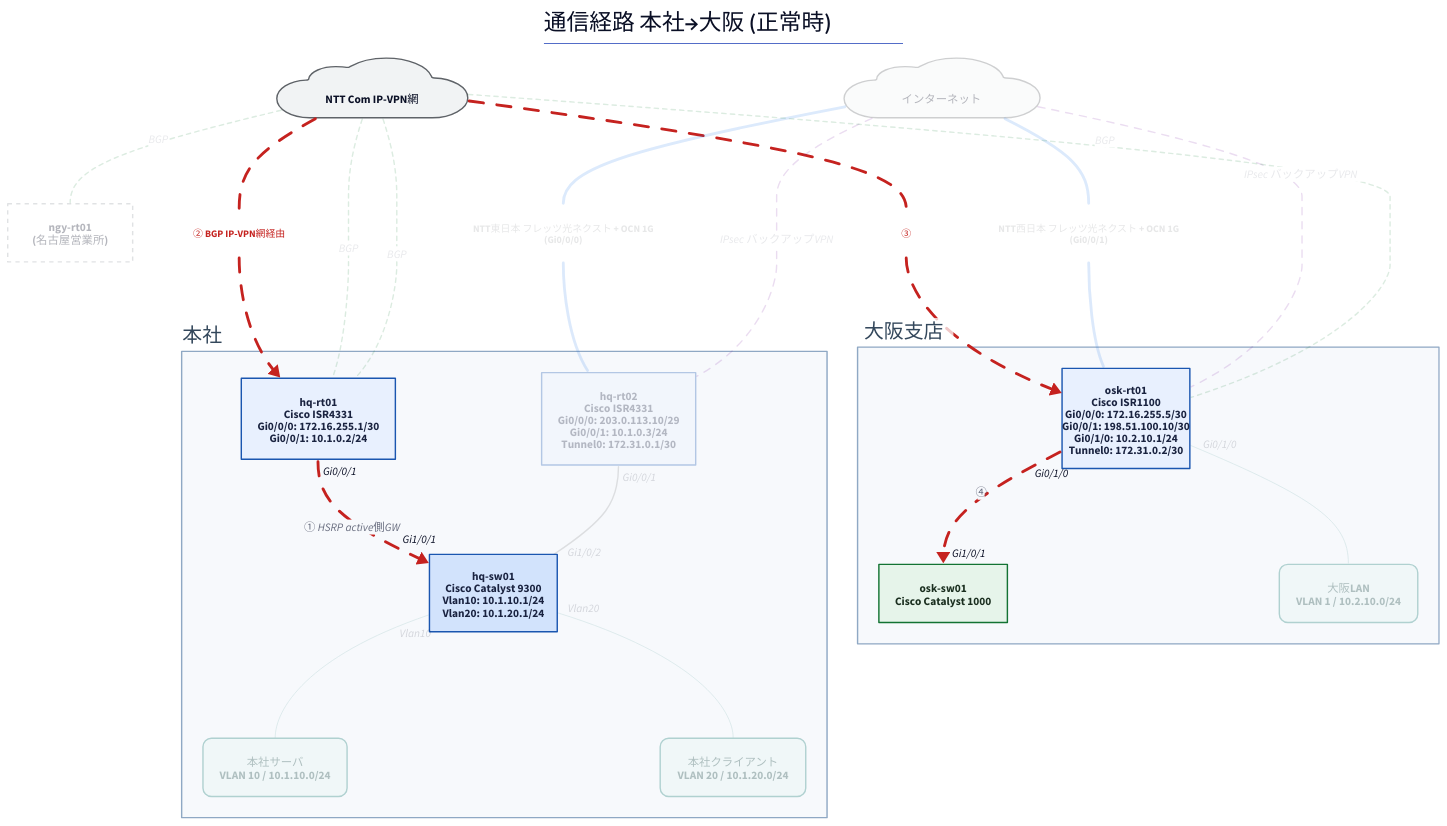
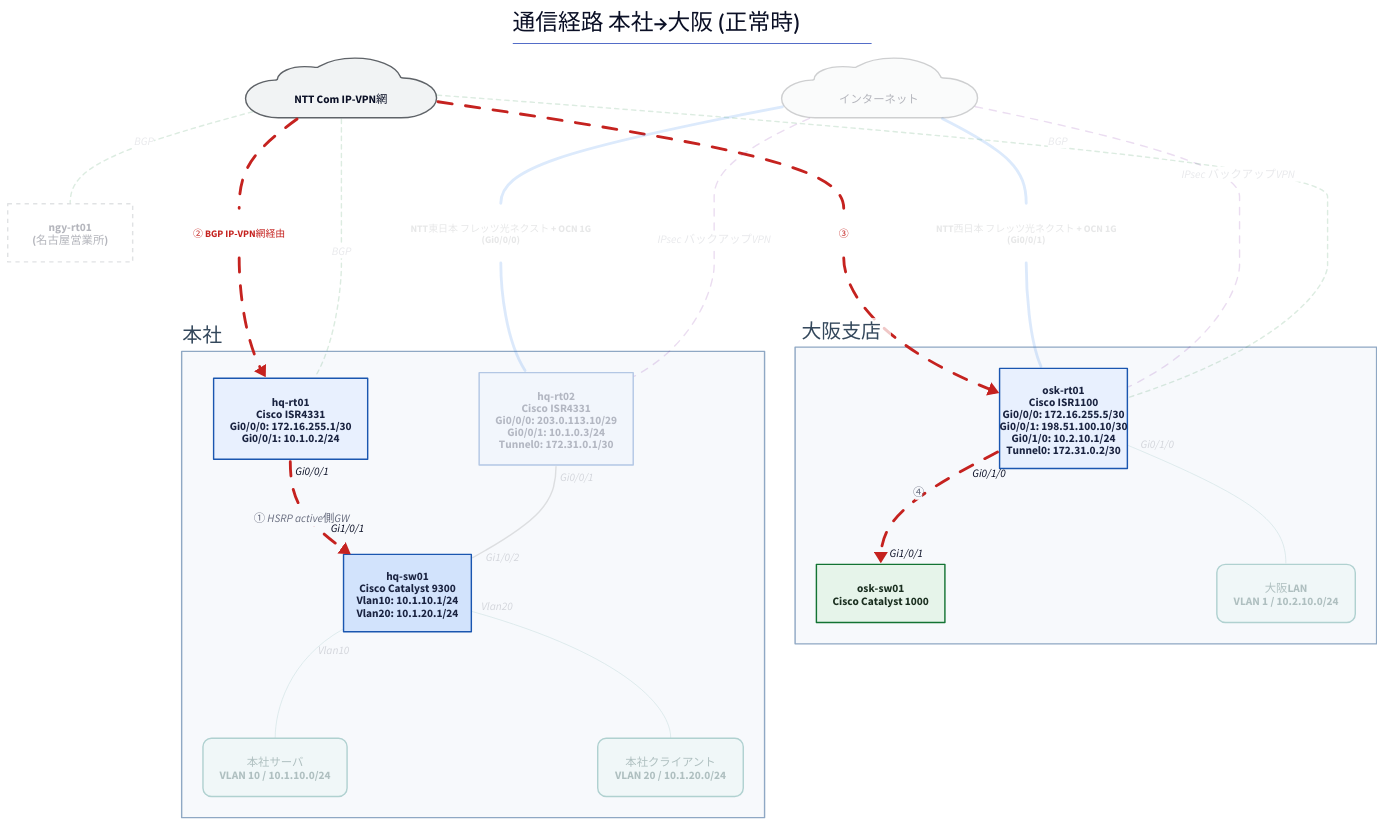
One commit to thinas1115/nwdsl changed the diagram in examples/sample-corp/generated/path-normal.d2. Above: the diagram before and after it, drawn with D2. The commit also changed 31 other files, not shown here.

```diff
--- a/examples/sample-corp/generated/path-normal.d2
+++ b/examples/sample-corp/generated/path-normal.d2
@@ -1,70 +1,69 @@
 title: |md
   # 通信経路 本社→大阪 (正常時)
 | {near: top-center}
 direction: down
 
 classes: {
   role-router: {style.fill: "#e8f0fe"; style.stroke: "#1a56b0"; style.font-color: "#1a2340"}
   role-l3switch: {style.fill: "#d2e3fc"; style.stroke: "#1a56b0"; style.font-color: "#1a2340"}
   role-l2switch: {style.fill: "#e6f4ea"; style.stroke: "#137333"; style.font-color: "#1a2e1f"}
   role-firewall: {style.fill: "#fce8e6"; style.stroke: "#c5221f"; style.font-color: "#3c1a19"}
   role-other: {style.fill: "#f1f3f4"; style.stroke: "#5f6368"; style.font-color: "#202124"}
   node-cloud: {shape: cloud; style.fill: "#f1f3f4"; style.stroke: "#5f6368"}
   node-site: {style.fill: "#fff8e1"; style.stroke: "#b58105"; style.font-color: "#4a3a08"}
   node-segment: {style.fill: "#e2f5f0"; style.stroke: "#0f766e"; style.font-color: "#0b3d38"; style.border-radius: 12}
   node-external: {style.fill: "#ffffff"; style.stroke: "#9aa0a6"; style.stroke-dash: 3}
   group-site: {style.fill: "#f7f9fc"; style.stroke: "#8fa8c4"; style.font-color: "#33475b"}
   edge-label: {style.fill: "transparent"; style.stroke: "transparent"; style.font-size: 14; style.font-color: "#5f6368"; style.italic: true}
   edge-lan-cable: {style.stroke: "#4a4a4a"; style.stroke-width: 2}
   edge-wan-circuit: {style.stroke: "#1a73e8"; style.stroke-width: 4}
   edge-tunnel: {style.stroke: "#7b1fa2"; style.stroke-width: 2; style.stroke-dash: 5}
   edge-logical: {style.stroke: "#188038"; style.stroke-width: 2; style.stroke-dash: 3}
   edge-segment: {style.stroke: "#0f766e"; style.stroke-width: 1}
 }
 
 s_hq: "本社" {
   class: group-site
   label.near: outside-top-left
   n_hq_rt01: "hq-rt01\nCisco ISR4331\nGi0/0/0: 172.16.255.1/30\nGi0/0/1: 10.1.0.2/24" {class: role-router}
   n_hq_sw01: "hq-sw01\nCisco Catalyst 9300\nVlan10: 10.1.10.1/24\nVlan20: 10.1.20.1/24" {class: role-l3switch; width: 180}
   n_hq_rt02: "hq-rt02\nCisco ISR4331\nGi0/0/0: 203.0.113.10/29\nGi0/0/1: 10.1.0.3/24\nTunnel0: 172.31.0.1/30" {class: role-router; style.opacity: 0.3}
   n_seg__hq_server: "本社サーバ\nVLAN 10 / 10.1.10.0/24" {class: node-segment; style.opacity: 0.3}
   n_seg__hq_client: "本社クライアント\nVLAN 20 / 10.1.20.0/24" {class: node-segment; style.opacity: 0.3}
 }
 
 s_osk: "大阪支店" {
   class: group-site
   label.near: outside-top-left
   n_osk_rt01: "osk-rt01\nCisco ISR1100\nGi0/0/0: 172.16.255.5/30\nGi0/0/1: 198.51.100.10/30\nGi0/1/0: 10.2.10.1/24\nTunnel0: 172.31.0.2/30" {class: role-router; width: 180}
   n_osk_sw01: "osk-sw01\nCisco Catalyst 1000" {class: role-l2switch}
   n_seg__osk_lan: "大阪LAN\nVLAN 1 / 10.2.10.0/24" {class: node-segment; style.opacity: 0.3}
 }
 
 n_ipvpn: "　NTT Com IP-VPN網　" {class: node-cloud}
 n_internet: "　インターネット　" {class: node-cloud; style.opacity: 0.3}
 n_ngy_rt01: "ngy-rt01\n(名古屋営業所)" {class: node-external; style.opacity: 0.3}
 
 s_hq.n_hq_rt01 -> s_hq.n_hq_sw01: "① HSRP active側GW" {class: edge-lan-cable; source-arrowhead.label: "Gi0/0/1"; target-arrowhead.label: "Gi1/0/1"; style.stroke: "#c5221f"; style.stroke-width: 4; style.animated: true}
 s_hq.n_hq_rt02 -- s_hq.n_hq_sw01 {class: edge-lan-cable; source-arrowhead.label: "Gi0/0/1"; target-arrowhead.label: "Gi1/0/2"; style.opacity: 0.15}
 s_osk.n_osk_rt01 -> s_osk.n_osk_sw01: "④" {class: edge-lan-cable; source-arrowhead.label: "Gi0/1/0"; target-arrowhead.label: "Gi1/0/1"; style.stroke: "#c5221f"; style.stroke-width: 4; style.animated: true}
 lbl_3: "② BGP IP-VPN網経由" {class: edge-label; style.font-color: "#c5221f"; style.bold: true}
 n_ipvpn -- lbl_3 {class: edge-wan-circuit; style.stroke: "#c5221f"; style.stroke-width: 4; style.animated: true}
 lbl_3 -> s_hq.n_hq_rt01 {class: edge-wan-circuit; style.stroke: "#c5221f"; style.stroke-width: 4; style.animated: true}
 lbl_4: "③" {class: edge-label; style.font-color: "#c5221f"; style.bold: true}
 n_ipvpn -- lbl_4 {class: edge-wan-circuit; style.stroke: "#c5221f"; style.stroke-width: 4; style.animated: true}
 lbl_4 -> s_osk.n_osk_rt01 {class: edge-wan-circuit; style.stroke: "#c5221f"; style.stroke-width: 4; style.animated: true}
 lbl_5: "NTT東日本 フレッツ光ネクスト + OCN 1G\n(Gi0/0/0)" {class: edge-label; style.opacity: 0.15}
 n_internet -- lbl_5 {class: edge-wan-circuit; style.opacity: 0.15}
 lbl_5 -- s_hq.n_hq_rt02 {class: edge-wan-circuit; style.opacity: 0.15}
 lbl_6: "NTT西日本 フレッツ光ネクスト + OCN 1G\n(Gi0/0/1)" {class: edge-label; style.opacity: 0.15}
 n_internet -- lbl_6 {class: edge-wan-circuit; style.opacity: 0.15}
 lbl_6 -- s_osk.n_osk_rt01 {class: edge-wan-circuit; style.opacity: 0.15}
 n_internet -- s_hq.n_hq_rt02: "IPsec バックアップVPN" {class: edge-tunnel; style.opacity: 0.15}
 n_internet -- s_osk.n_osk_rt01: "IPsec バックアップVPN" {class: edge-tunnel; style.opacity: 0.15}
 n_ipvpn -- s_hq.n_hq_rt01: "BGP" {class: edge-logical; style.opacity: 0.15}
 n_ipvpn -- s_osk.n_osk_rt01: "BGP" {class: edge-logical; style.opacity: 0.15}
-n_ipvpn -- s_hq.n_hq_rt01: "BGP" {class: edge-logical; style.opacity: 0.15}
 n_ipvpn -- n_ngy_rt01: "BGP" {class: edge-logical; style.opacity: 0.15}
 s_hq.n_hq_sw01 -- s_hq.n_seg__hq_server {class: edge-segment; source-arrowhead.label: "Vlan10"; style.opacity: 0.15}
 s_hq.n_hq_sw01 -- s_hq.n_seg__hq_client {class: edge-segment; source-arrowhead.label: "Vlan20"; style.opacity: 0.15}
 s_osk.n_osk_rt01 -- s_osk.n_seg__osk_lan {class: edge-segment; source-arrowhead.label: "Gi0/1/0"; style.opacity: 0.15}
```
